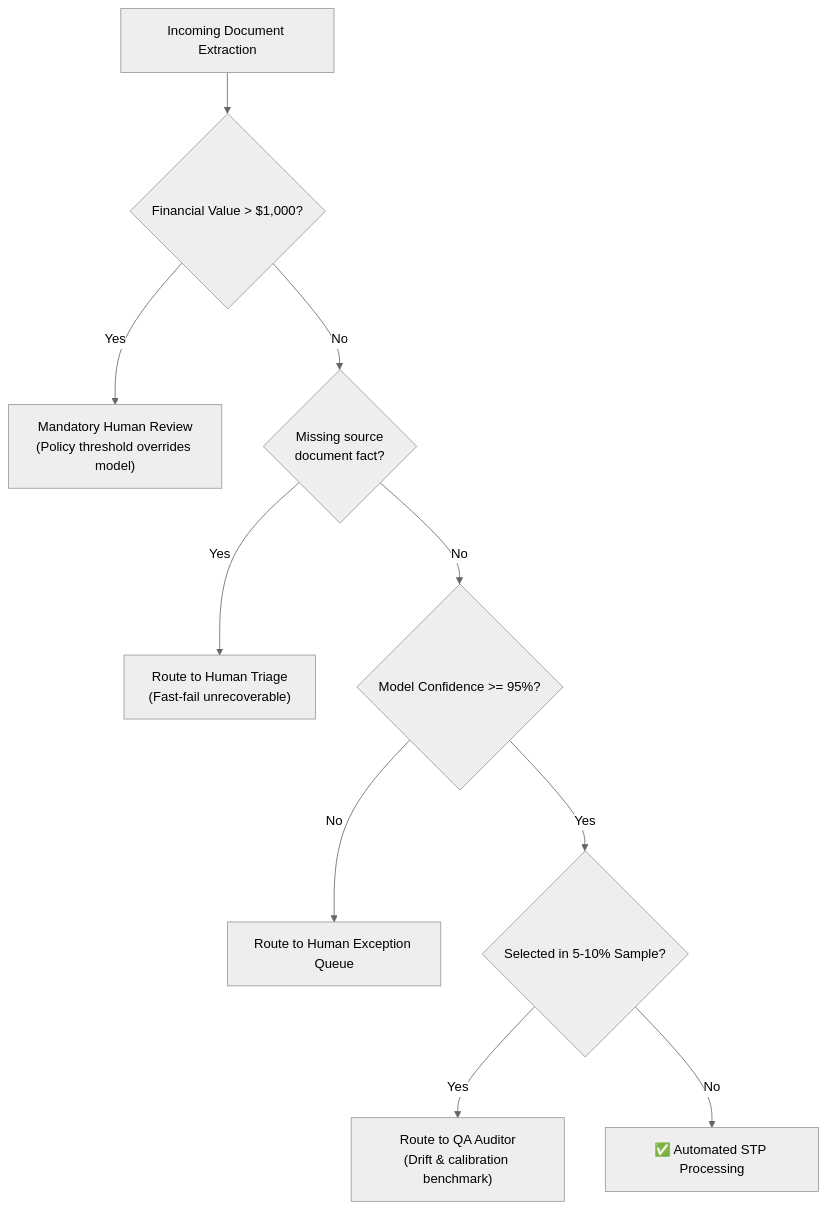
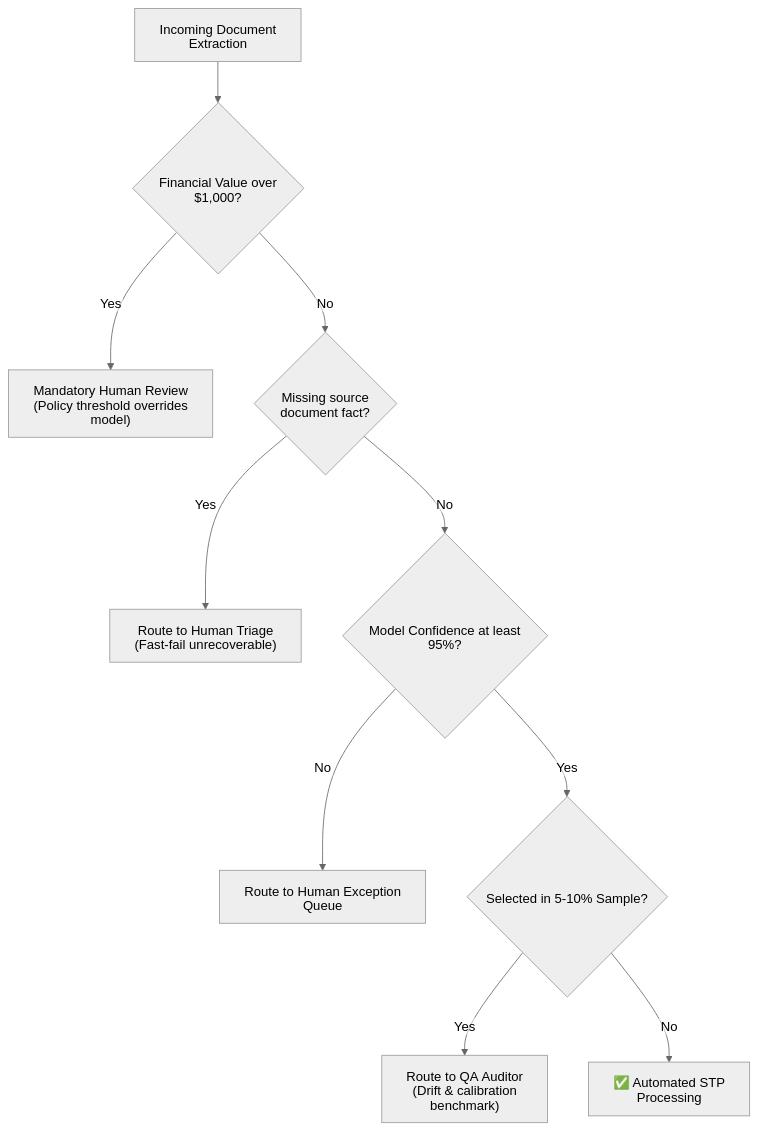
One commit to dip4k/claude_cert_architect_foundation_prep changed the fifth of 6 diagrams in domain5/KEY_CONCEPTS.md. Above: the diagram before and after it, drawn with Mermaid (neutral theme). The commit also changed other lines of this file and 88 other files, not shown here.

First line of the commit message:
fix(mermaid): standardize GitHub Mermaid rendering across repo

````diff
--- a/domain5/KEY_CONCEPTS.md
+++ b/domain5/KEY_CONCEPTS.md
@@ -306,12 +318,16 @@
 ```mermaid
+---
+config:
+  htmlLabels: false
+---
 flowchart TD
-    Doc["Incoming Document Extraction"] --> ValueCheck{"Financial Value > $1,000?"}
+    Doc["Incoming Document Extraction"] --> ValueCheck{"Financial Value over $1,000?"}
     ValueCheck -- "Yes" --> HighValReview["Mandatory Human Review<br>(Policy threshold overrides model)"]
     ValueCheck -- "No" --> UnrecCheck{"Missing source<br>document fact?"}
     UnrecCheck -- "Yes" --> HumanTriage["Route to Human Triage<br>(Fast-fail unrecoverable)"]
-    UnrecCheck -- "No" --> ConfCheck{"Model Confidence >= 95%?"}
+    UnrecCheck -- "No" --> ConfCheck{"Model Confidence at least 95%?"}
     ConfCheck -- "No" --> HumanQueue["Route to Human Exception Queue"]
     ConfCheck -- "Yes" --> StratCheck{"Selected in 5-10% Sample?"}
     StratCheck -- "Yes" --> Auditor["Route to QA Auditor<br>(Drift & calibration benchmark)"]
     StratCheck -- "No" --> STP["✅ Automated STP Processing"]
 ```
````
